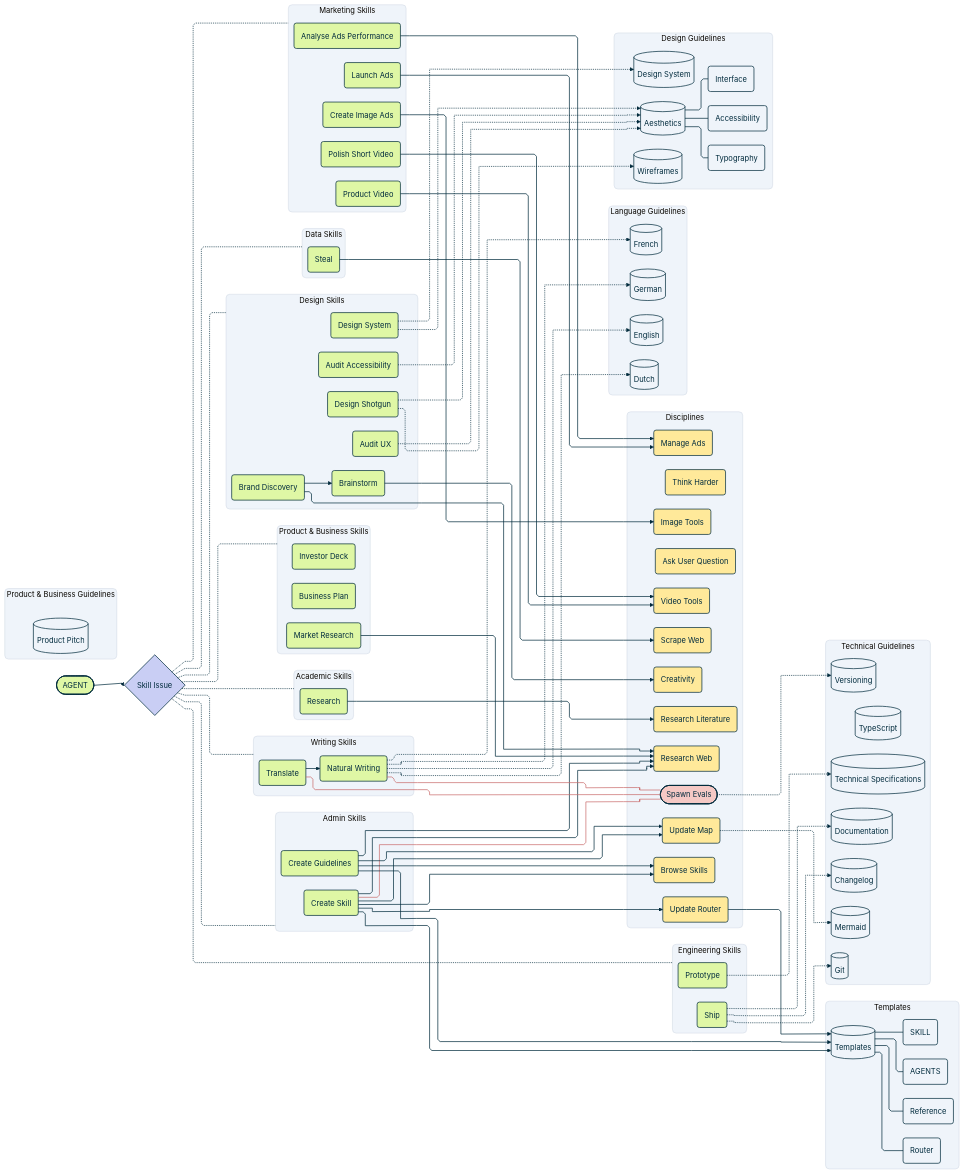
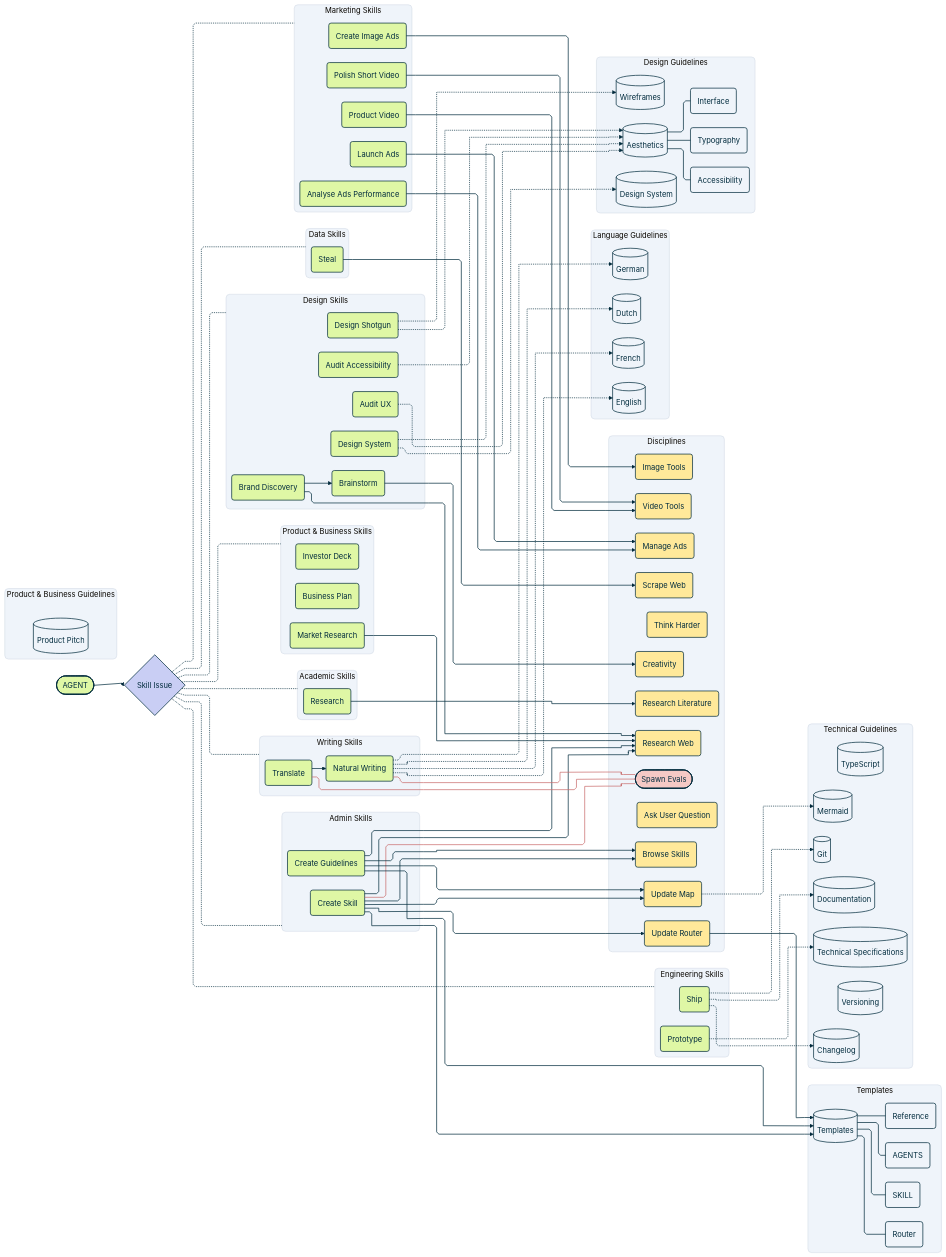
One commit to josuamittels/agent-stack changed the diagram in map.mmd. Above: the diagram before and after it, drawn with Mermaid. The commit also changed 23 other files, not shown here.

```diff
--- a/map.mmd
+++ b/map.mmd
@@ -1,200 +1,199 @@
 ---
 config:
   look: classic
   layout: elk
   elk:
     considerModelOrder: NONE
     forceNodeModelOrder: false
     mergeEdges: false
     nodePlacementStrategy: NETWORK_SIMPLEX
   flowchart:
     curve: linear
 ---
 %%{init: {"theme": "base", "themeVariables": {"background": "transparent", "clusterBkg": "#EFF4FA", "clusterBorder": "#CBD5E1", "edgeLabelBackground": "transparent", "primaryTextColor": "#002B3D", "lineColor": "#002B3D", "fontFamily": "Fira Code, monospace"}}}%%
 %% Agent is the sole entry point. Green rounded rectangles: skills.
 %% Skill Issue is a decision diamond. Spawn Evals has a coral end node and muted red validation connections without arrowheads.
 %% Yellow rounded rectangles: disciplines. Incoming guideline arrows are dashed; internal guideline connections are plain solid lines.
 %% Think Harder and Ask User Question run by default and have no relationship lines.
 %% Skills that invoke Spawn Evals for validation show a solid line to that discipline.
 %% Gray cylinders: knowledge stores. Gray rounded documents: individual files.
 %% Subgraphs group resources. Connections show organization or source references.
 %% Flow determines columns; prefer short, direct routes with few crossings and bends.
 flowchart LR
     skill_issue{"Skill Issue"}
     stack(["AGENT"])
     stack --> skill_issue
 
     subgraph admin_skills [Admin Skills]
         create_skill("Create Skill")
         create_guidelines("Create Guidelines")
     end
 
     subgraph writing_skills [Writing Skills]
         natural_writing("Natural Writing")
         translate("Translate")
 
     end
 
     subgraph academic_skills [Academic Skills]
         research("Research")
     end
 
     subgraph product_skills [Product & Business Skills]
 		market_research("Market Research")
         business_plan("Business Plan")
         investor_deck("Investor Deck")
     end
 
 	subgraph design_skills [Design Skills]
         audit_accessibility("Audit Accessibility")
         brand_discovery("Brand Discovery")
         audit_ux("Audit UX")
         design_shotgun("Design Shotgun")
         design_system("Design System")
         brainstorm("Brainstorm")
 
     end
 
     subgraph engineering_skills [Engineering Skills]
         prototype("Prototype")
         ship("Ship")
 
     end
 
 	subgraph data_skills [Data Skills]
         steal("Steal")
     end
 
     subgraph marketing_skills [Marketing Skills]
         create_image_ads("Create Image Ads")
         polish_video("Polish Short Video")
         product_video("Product Video")
         launch_ads("Launch Ads")
         analyse_ads("Analyse Ads Performance")
 
     end
 
     skill_issue -.- admin_skills
     skill_issue -.- writing_skills
     skill_issue -.- academic_skills
     skill_issue -.- marketing_skills
     skill_issue -.- product_skills
     skill_issue -.- design_skills
     skill_issue -.- engineering_skills
     skill_issue -.- data_skills
     subgraph discipline_map [Disciplines]
         spawn_evals(["Spawn Evals"])
         ask_user_question("Ask User Question")
         think_harder("Think Harder")
         browse_skills("Browse Skills")
         update_map("Update Map")
         update_router("Update Router")
         research_web("Research Web")
         research_literature("Research Literature")
         scrape_web("Scrape Web")
         manage_ads("Manage Ads")
         image_tools("Image Tools")
         video_tools("Video Tools")
         creativity("Creativity")
     end
 
     research --> research_literature
     steal --> scrape_web
     market_research --> research_web
     launch_ads --> manage_ads
     analyse_ads --> manage_ads
     product_video --> video_tools
     polish_video --> video_tools
     create_image_ads --> image_tools
     brainstorm --> creativity
 
     subgraph template_files [Templates]
         templates[("Templates")]
         templates --- template_skill("SKILL")
         templates --- template_ref("Reference")
         templates --- router_ref("Router")
         templates --- agents_template("AGENTS")
     end
 
     subgraph language_guides [Language Guidelines]
         english[("English")]
         german[("German")]
         dutch[("Dutch")]
         french[("French")]
     end
 
     subgraph product_biz_guides [Product & Business Guidelines]
         product_pitch[("Product Pitch")]
     end
 
     subgraph design_guides [Design Guidelines]
         aesthetics[("Aesthetics")]
         design_system_guide[("Design System")]
         wireframes[("Wireframes")]
         aesthetics --- interface("Interface")
         aesthetics --- typography("Typography")
         aesthetics --- accessibility("Accessibility")
     end
 
     subgraph tech_guides [Technical Guidelines]
         docs[("Documentation")]
         changelog[("Changelog")]
         git[("Git")]
         versioning[("Versioning")]
         tech_spec[("Technical Specifications")]
         ts[("TypeScript")]
         mermaid[("Mermaid")]
     end
 
     create_skill --> templates
     create_skill --> research_web
     create_skill --> browse_skills
     create_skill --> update_map
     create_skill eval_create_skill@--- spawn_evals
-    spawn_evals -.-> versioning
     create_skill --> update_router
     update_router --> templates
     create_guidelines --> templates
     create_guidelines --> research_web
     create_guidelines --> browse_skills
     create_guidelines --> update_map
     update_map -.-> mermaid
     translate --> natural_writing
     translate eval_translate@--- spawn_evals
     natural_writing eval_natural_writing@--- spawn_evals
     natural_writing -.-> english
     natural_writing -.-> dutch
     natural_writing -.-> french
     natural_writing -.-> german
     design_shotgun -.-> wireframes
     design_shotgun -.-> aesthetics
     design_system -.-> design_system_guide
     design_system -.-> aesthetics
     audit_ux -.-> aesthetics
     audit_accessibility -.-> aesthetics
     brand_discovery --> brainstorm
     brand_discovery --> research_web
     ship -.-> git
     ship -.-> changelog
     ship -.-> docs
     prototype -.-> tech_spec
 
     classDef entry fill:#DFF7A5,stroke:#002B3D,color:#002B3D,stroke-width:2px
     classDef skill fill:#DFF7A5,stroke:#002B3D,color:#002B3D,stroke-width:1.5px
     classDef method fill:#FFE99A,stroke:#002B3D,color:#002B3D,stroke-width:1.5px
     classDef decision fill:#C9CEF4,stroke:#002B3D,color:#002B3D,stroke-width:1.5px
     classDef evaluation_link stroke:#C96B6B,stroke-width:2px,color:#C96B6B
     classDef evaluation fill:#F5C9C5,stroke:#002B3D,color:#002B3D,stroke-width:2px
     classDef knowledge fill:#EFF4FA,stroke:#002B3D,color:#002B3D,stroke-width:1.5px
     classDef document fill:#EFF4FA,stroke:#002B3D,color:#002B3D,stroke-width:1.5px
     classDef section rx:8px,ry:8px
     class ask_user_question,think_harder,browse_skills,update_map,update_router,research_web,scrape_web,research_literature,manage_ads,creativity,image_tools,video_tools method;
     class skill_issue decision
     class eval_create_skill,eval_translate,eval_natural_writing evaluation_link
     class spawn_evals evaluation
     class stack entry
     class natural_writing,create_guidelines,research,translate,analyse_ads,audit_accessibility,audit_ux,brainstorm,brand_discovery,business_plan,create_image_ads,create_skill,design_shotgun,design_system,investor_deck,launch_ads,market_research,polish_video,product_video,prototype,ship,steal skill
     class aesthetics,changelog,design_system_guide,docs,dutch,english,french,german,git,versioning,mermaid,product_pitch,tech_spec,templates,ts,wireframes knowledge;
     class interface,typography,accessibility,template_skill,template_ref,router_ref,agents_template document;
     class design_guides,product_biz_guides,tech_guides,template_files,admin_skills,language_guides,academic_skills,data_skills,design_skills,marketing_skills,product_skills,writing_skills,video_skills,engineering_skills,discipline_map,guide_map section
     linkStyle default stroke-width:1.5px,color:#002B3D
```
